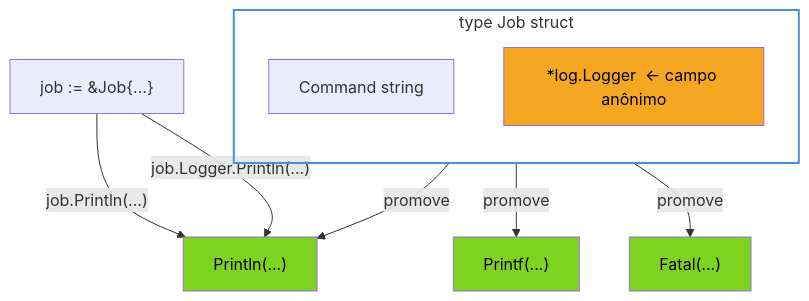
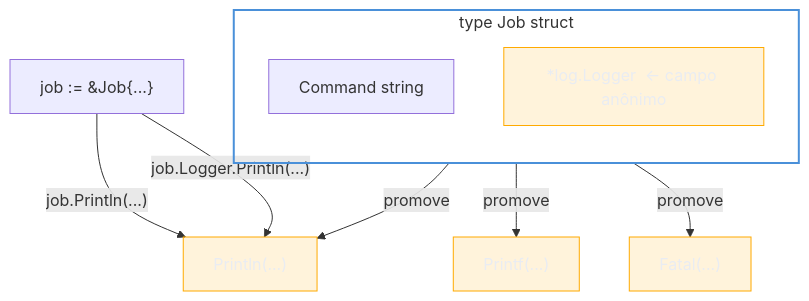
Before and after one commit to josenaldo/codex-technomanticus: the first of 4 diagrams in 03-Dominios/Tecnologia/Go/02 - Tipos, structs e métodos/05 - Composição por embedding.md, drawn with Mermaid. The commit also changed other lines of this file and 1181 other files, not shown here.

First line of the commit message:
fix(diagramas): paleta do sistema no lugar de cor cravada no markdown

````diff
--- a/03-Dominios/Tecnologia/Go/02 - Tipos, structs e métodos/05 - Composição por embedding.md
+++ b/03-Dominios/Tecnologia/Go/02 - Tipos, structs e métodos/05 - Composição por embedding.md
@@ -84,21 +84,22 @@
 ```mermaid
 flowchart TB
+    classDef destaque fill:#FFAA0024,stroke:#FFAA00,color:#E9ECF2
     subgraph Job["type Job struct"]
         direction TB
         F1["Command string"]
         F2["*log.Logger  ← campo anônimo"]
     end
 
     F2 -->|"promove"| M1["Println(...)"]
     F2 -->|"promove"| M2["Printf(...)"]
     F2 -->|"promove"| M3["Fatal(...)"]
 
     J["job := &Job{...}"] -->|"job.Println(...)"| M1
     J -->|"job.Logger.Println(...)"| M1
 
     style Job fill:none,stroke:#4A90D9,stroke-width:2px
-    style F2 fill:#F5A623,color:#000
-    style M1 fill:#7ED321,color:#000
-    style M2 fill:#7ED321,color:#000
-    style M3 fill:#7ED321,color:#000
+    class F2 destaque
+    class M1 destaque
+    class M2 destaque
+    class M3 destaque
 ```
````
